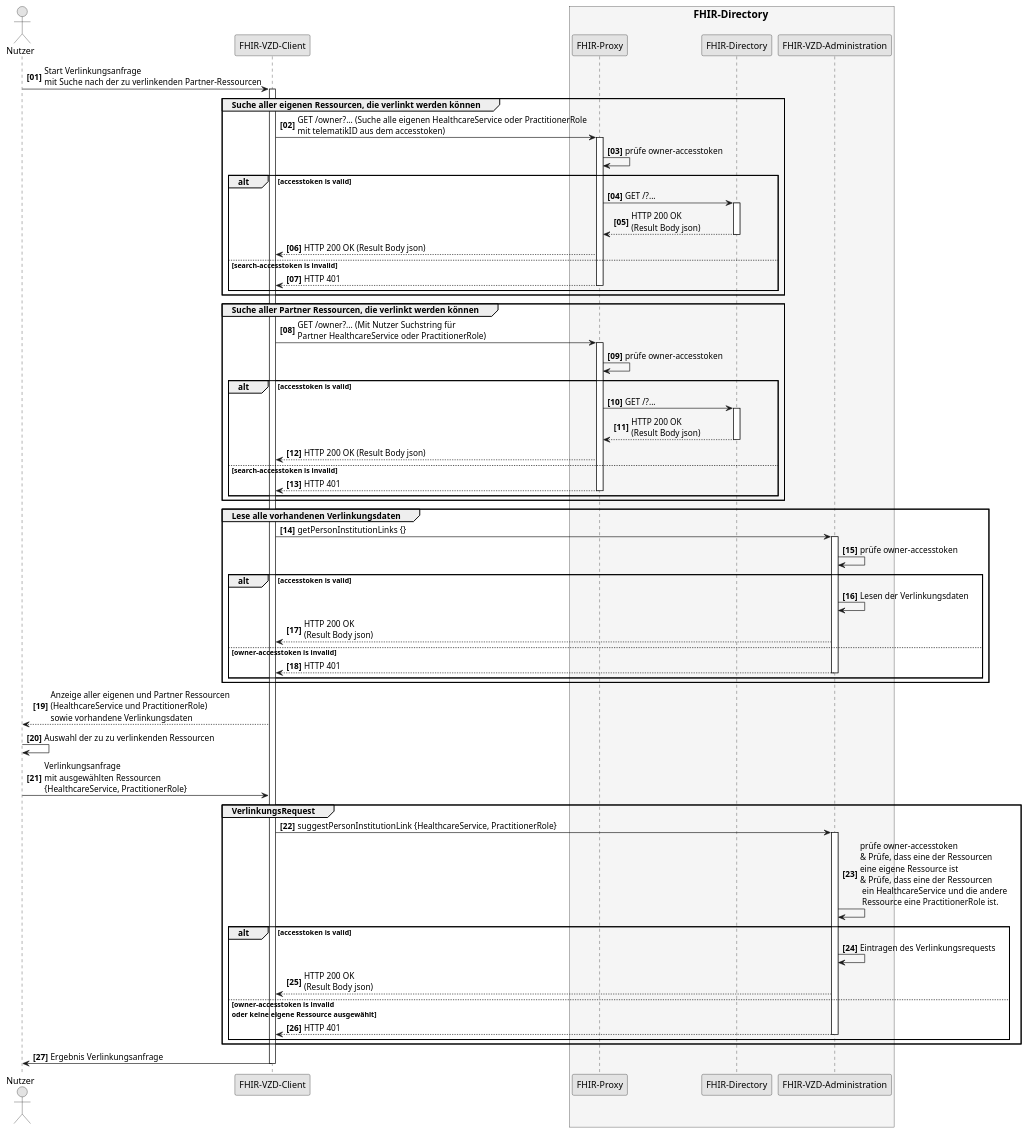
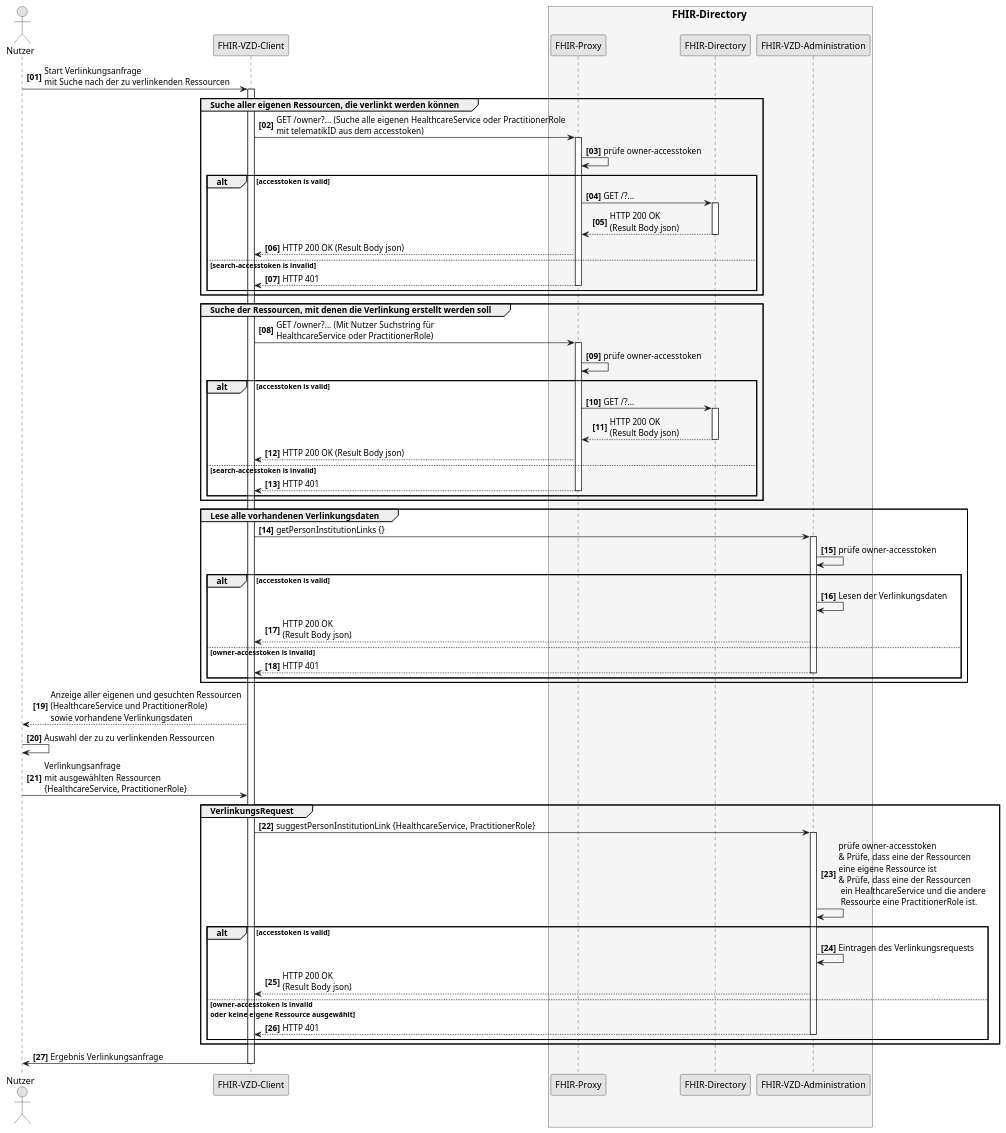
One commit to gematik/api-vzd changed the diagram in src/plantuml/SequenceDiagram.FHIR-Directory.LinkRequest.puml. Above: the diagram before and after it, drawn with PlantUML.

Commit message:
Update entsprechend Review

```diff
--- a/src/plantuml/SequenceDiagram.FHIR-Directory.LinkRequest.puml
+++ b/src/plantuml/SequenceDiagram.FHIR-Directory.LinkRequest.puml
@@ -1,90 +1,90 @@
 @startuml SequenceDiagram.FHIR-Directory.linkRequest
 skinparam dpi 100
 skinparam WrapWidth 200
 skinparam monochrome true
 autonumber "<b>[00]"
 
 'title "FHIR-Directory, Sequenzdiagram link request'
 actor Nutzer
 participant cl as "FHIR-VZD-Client"
 box <size:16>FHIR-Directory</size> #WhiteSmoke
   participant fp as "FHIR-Proxy"
   participant fd as "FHIR-Directory"
   participant fa as "FHIR-VZD-Administration"
 end box
 
-Nutzer -> cl:Start Verlinkungsanfrage \nmit Suche nach der zu verlinkenden Partner-Ressourcen
+Nutzer -> cl:Start Verlinkungsanfrage \nmit Suche nach der zu verlinkenden Ressourcen
 activate cl
 
 group Suche aller eigenen Ressourcen, die verlinkt werden können
   cl -> fp: GET /owner?... (Suche alle eigenen HealthcareService oder PractitionerRole \nmit telematikID aus dem accesstoken)
   activate fp
   fp -> fp: prüfe owner-accesstoken
 
     alt accesstoken is valid
       fp -> fd: GET /?...
       activate fd
       fd --> fp: HTTP 200 OK\n(Result Body json)
       deactivate fd
       fp --> cl: HTTP 200 OK (Result Body json)
      else search-accesstoken is invalid
       fp --> cl: HTTP 401
       deactivate fp
      end
 end
 
-group Suche aller Partner Ressourcen, die verlinkt werden können
-  cl -> fp: GET /owner?... (Mit Nutzer Suchstring für \nPartner HealthcareService oder PractitionerRole)
+group Suche der Ressourcen, mit denen die Verlinkung erstellt werden soll
+  cl -> fp: GET /owner?... (Mit Nutzer Suchstring für \nHealthcareService oder PractitionerRole)
   activate fp
   fp -> fp: prüfe owner-accesstoken
 
     alt accesstoken is valid
       fp -> fd: GET /?...
       activate fd
       fd --> fp: HTTP 200 OK\n(Result Body json)
       deactivate fd
       fp --> cl: HTTP 200 OK (Result Body json)
      else search-accesstoken is invalid
       fp --> cl: HTTP 401
       deactivate fp
      end
 end
 
 group Lese alle vorhandenen Verlinkungsdaten
   cl -> fa: getPersonInstitutionLinks {}
   activate fa
   fa -> fa: prüfe owner-accesstoken
     alt accesstoken is valid
       fa -> fa: Lesen der Verlinkungsdaten
       fa --> cl: HTTP 200 OK\n(Result Body json)
       
      else owner-accesstoken is invalid
       fa --> cl: HTTP 401
       deactivate fa
      end
 end
 
-cl --> Nutzer:Anzeige aller eigenen und Partner Ressourcen \n(HealthcareService und PractitionerRole) \nsowie vorhandene Verlinkungsdaten
+cl --> Nutzer:Anzeige aller eigenen und gesuchten Ressourcen \n(HealthcareService und PractitionerRole) \nsowie vorhandene Verlinkungsdaten
 Nutzer -> Nutzer: Auswahl der zu zu verlinkenden Ressourcen
 Nutzer -> cl: Verlinkungsanfrage \nmit ausgewählten Ressourcen \n{HealthcareService, PractitionerRole}
 
 group VerlinkungsRequest
   cl -> fa: suggestPersonInstitutionLink {HealthcareService, PractitionerRole}
   activate fa
   fa -> fa: prüfe owner-accesstoken\n& Prüfe, dass eine der Ressourcen \neine eigene Ressource ist\n& Prüfe, dass eine der Ressourcen\n ein HealthcareService und die andere\n Ressource eine PractitionerRole ist.
 
     alt accesstoken is valid
       fa -> fa: Eintragen des Verlinkungsrequests
       fa --> cl: HTTP 200 OK\n(Result Body json)
       
      else owner-accesstoken is invalid\noder keine eigene Ressource ausgewählt
       fa --> cl: HTTP 401
       deactivate fa
      end
 end
 
 cl -> Nutzer: Ergebnis Verlinkungsanfrage
 
 deactivate cl
 
 @enduml
```
